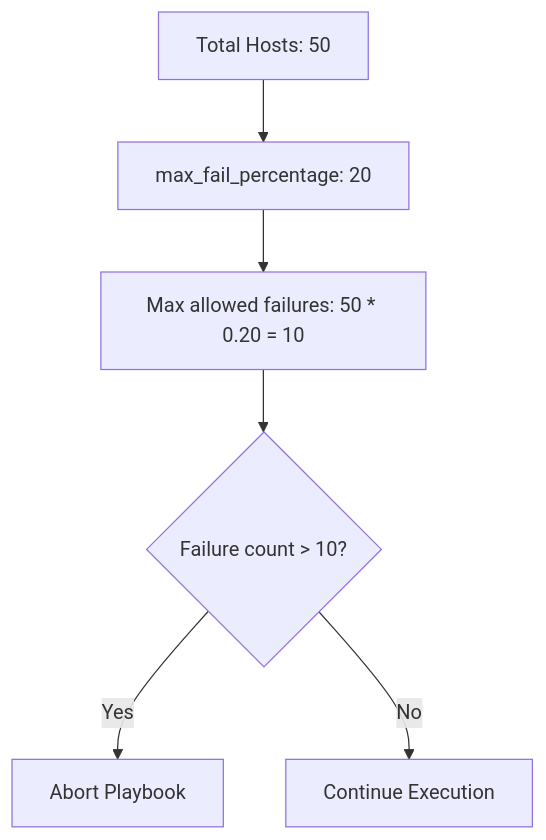
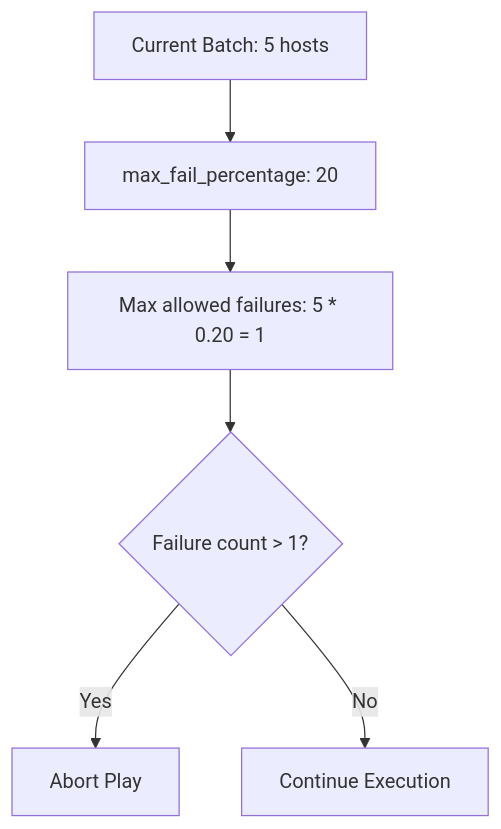
The diagram in posts/2026-02-21-ansible-max-fail-percentage/README.md (OneUptime/blog), drawn with Mermaid before and after one commit. The commit also changed other lines of this file and 2 other files, not shown here.

Commit message:
validate: 2026-02-21-ansible-max-fail-percentage

````diff
--- a/posts/2026-02-21-ansible-max-fail-percentage/README.md
+++ b/posts/2026-02-21-ansible-max-fail-percentage/README.md
@@ -51,8 +52,8 @@
 ```mermaid
 flowchart TD
-    A[Total Hosts: 50] --> B["max_fail_percentage: 20"]
-    B --> C["Max allowed failures: 50 * 0.20 = 10"]
-    C --> D{Failure count > 10?}
-    D -->|Yes| E[Abort Playbook]
+    A["Current Batch: 5 hosts"] --> B["max_fail_percentage: 20"]
+    B --> C["Max allowed failures: 5 * 0.20 = 1"]
+    C --> D{Failure count > 1?}
+    D -->|Yes| E[Abort Play]
     D -->|No| F[Continue Execution]
 ```
````
